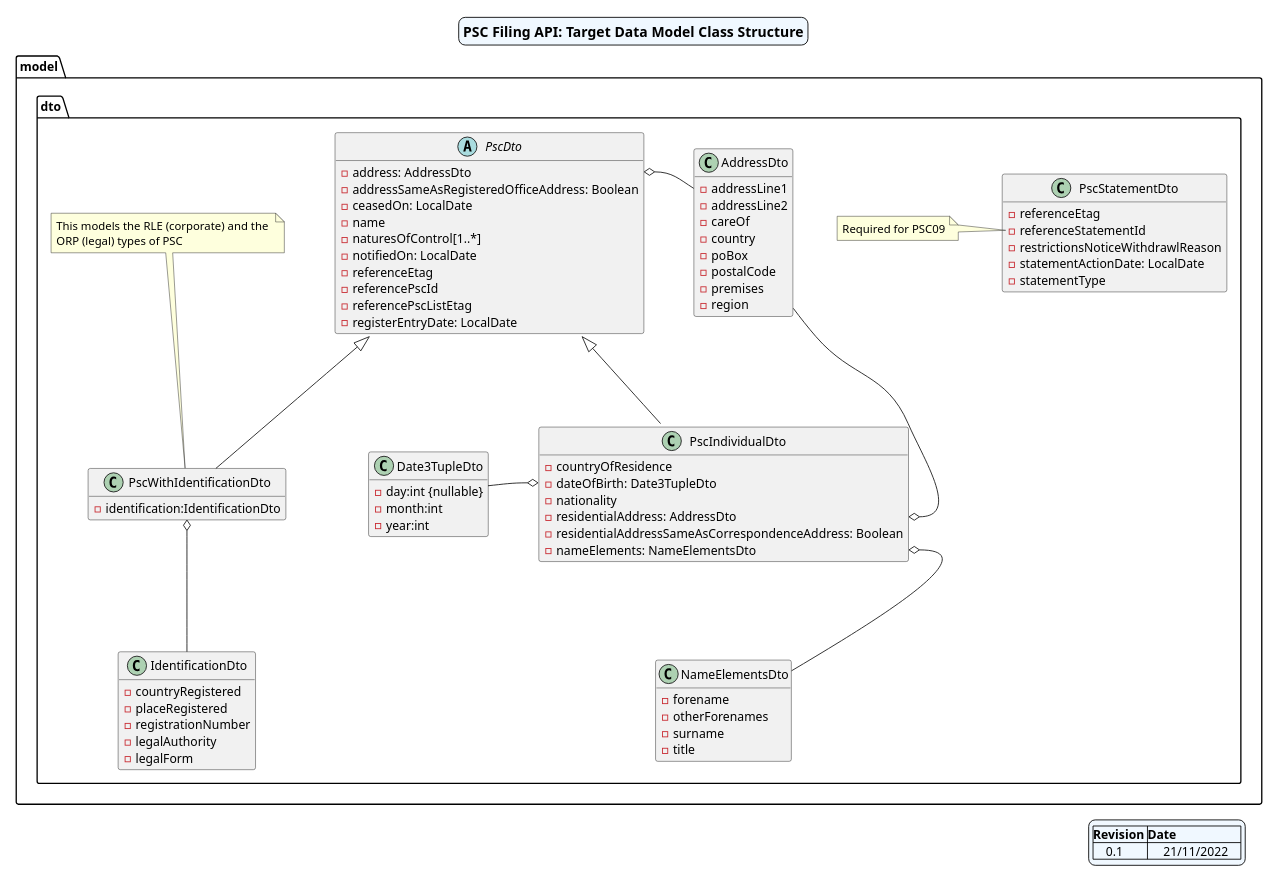
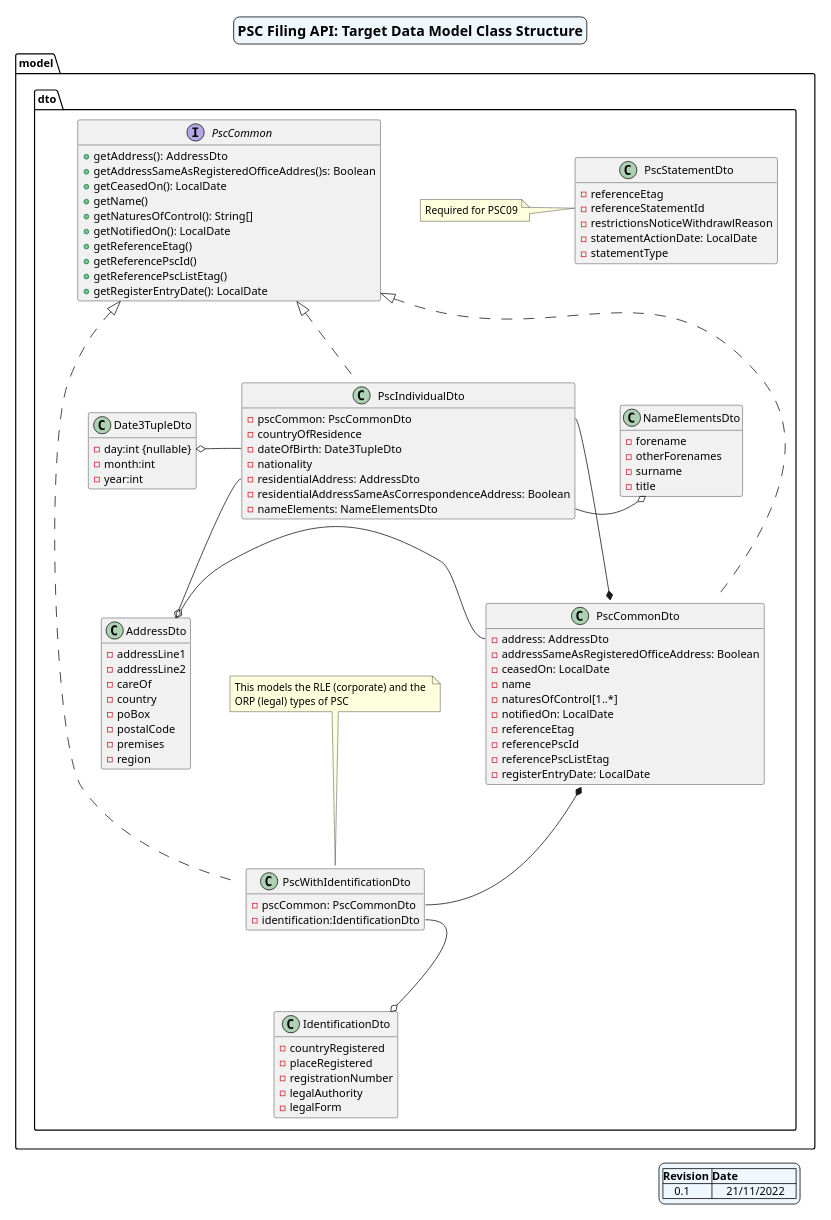
One commit to companieshouse/psc-filing-api changed the diagram in docs/Target Data Model of PSC Classes.puml. Above: the diagram before and after it, drawn with PlantUML. The commit also changed 9 other files, not shown here.

```diff
--- a/docs/Target Data Model of PSC Classes.puml
+++ b/docs/Target Data Model of PSC Classes.puml
@@ -1,128 +1,147 @@
 @startuml
 'https://plantuml.com/class-diagram
 'ortho/polyline
 'skinparam linetype polyline
 skinparam nodesep 50 /' horizontal separator '/
 skinparam ranksep 100 /' vertical separator '/
 skinparam titleBorderRoundCorner 15
 skinparam titleBorderThickness 1
 skinparam titleBorderColor black
 skinparam titleBackgroundColor AliceBlue
 skinparam groupInheritance 1
 skinparam legendBackgroundColor AliceBlue
 
-scale 800 width
+'scale 800 width
+scale 0.5
 hide empty members
 'hide circle'
-skinparam titleFontSize 16
+skinparam titleFontSize 18
 
 title PSC Filing API: Target Data Model Class Structure
 
 legend right
 |=Revision |=Date |
 |    0.1    |     21/11/2022    |
 endlegend
 
     package "model" {
 
         package "dto" {
 
             class AddressDto {
                 -addressLine1
                 -addressLine2
                 -careOf
                 -country
                 -poBox
                 -postalCode
                 -premises
                 -region
             }
 
             class Date3TupleDto {
                 -day:int {nullable}
                 -month:int
                 -year:int
             }
 
 /'             note left of Date3TupleDto
                day is null
                for partial DOB
             end note'/
 
             class IdentificationDto {
                 -countryRegistered
                 -placeRegistered
                 -registrationNumber
                 -legalAuthority
                -legalForm
             }
 
             class NameElementsDto {
                 -forename
                 -otherForenames
                 -surname
                 -title
             }
             
             class PscStatementDto {
                 -referenceEtag
                 -referenceStatementId
                 -restrictionsNoticeWithdrawlReason
                 -statementActionDate: LocalDate
                 -statementType
             }
 
-          note left of PscStatementDto::referenceStatementId
-                Required for PSC09
-           end note
+            note "Required for PSC09" as Note2
+
+          Note2 - PscStatementDto::referenceStatementId
 
 /'          note left of PscStatementDto::statementType
                 See public spec for full list
            end note'/
 
-            abstract class PscDto {
+            interface PscCommon {
+                +getAddress():  AddressDto
+                +getAddressSameAsRegisteredOfficeAddres()s: Boolean
+                +getCeasedOn(): LocalDate
+                +getName()
+                +getNaturesOfControl(): String[]
+                +getNotifiedOn(): LocalDate
+                +getReferenceEtag()
+                +getReferencePscId()
+                +getReferencePscListEtag()
+                +getRegisterEntryDate(): LocalDate
+            }
+
+            class PscCommonDto implements PscCommon {
                 -address: AddressDto
                 -addressSameAsRegisteredOfficeAddress: Boolean
                 -ceasedOn: LocalDate
                 -name
                 -naturesOfControl[1..*]
                 -notifiedOn: LocalDate
                 -referenceEtag
                 -referencePscId
                 -referencePscListEtag
                 -registerEntryDate: LocalDate
             }
 
-/'           note left of PscDto::naturesOfControl
+/'           note left of PscCommonDto::naturesOfControl
                 See public spec for full list
             end note'/
 
-            class PscIndividualDto {
+            class PscIndividualDto implements PscCommon {
+                -pscCommon: PscCommonDto
                 -countryOfResidence
                 -dateOfBirth: Date3TupleDto
                 -nationality
                 -residentialAddress: AddressDto
                 -residentialAddressSameAsCorrespondenceAddress: Boolean
                 -nameElements: NameElementsDto
             }
 
 /'           note "This models an individual PSC" as Note2
              Note2 .. PscIndividualDto'/
 
-            class PscWithIdentificationDto {
+            class PscWithIdentificationDto implements PscCommon {
+                -pscCommon: PscCommonDto
                 -identification:IdentificationDto
             }
+            
+            
            note "This models the RLE (corporate) and the \nORP (legal) types of PSC" as Note1
-                Note1 .. PscWithIdentificationDto
+                Note1 -- PscWithIdentificationDto
 
-            PscDto <|-- PscIndividualDto
-            PscDto <|-- PscWithIdentificationDto
-            PscIndividualDto::nameElements o-- NameElementsDto
-            PscWithIdentificationDto o-- IdentificationDto
-            AddressDto -o PscDto::address
-            PscIndividualDto::residentialAddress o- AddressDto
-            Date3TupleDto -o PscIndividualDto::dateOfBirth
+            'PscCommonDto *-- PscIndividualDto::pscCommon
+            PscCommonDto *-- PscIndividualDto::pscCommon
+            PscCommonDto *-- PscWithIdentificationDto::pscCommon
+            PscIndividualDto::nameElements -o NameElementsDto
+            PscWithIdentificationDto::identification --o IdentificationDto
+            AddressDto o- PscCommonDto::address
+            PscIndividualDto::residentialAddress -o AddressDto
+            Date3TupleDto o- PscIndividualDto::dateOfBirth
         }
     }
 
 @enduml
```
